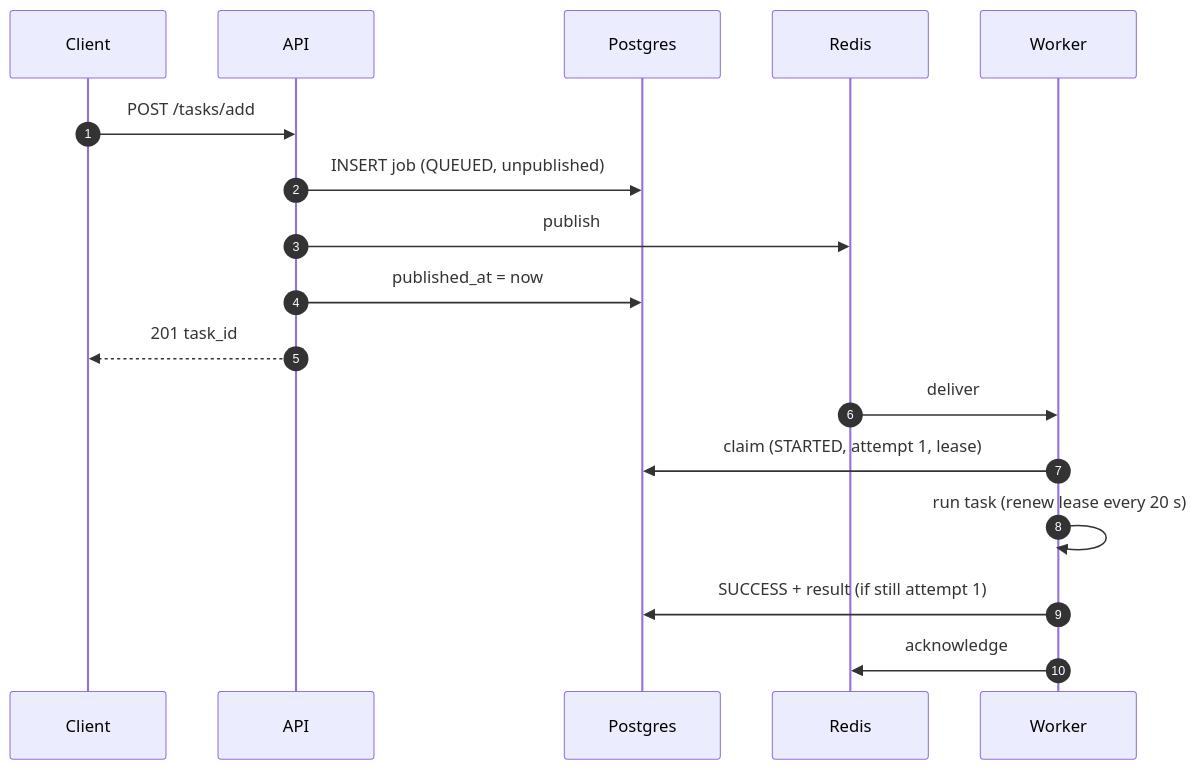
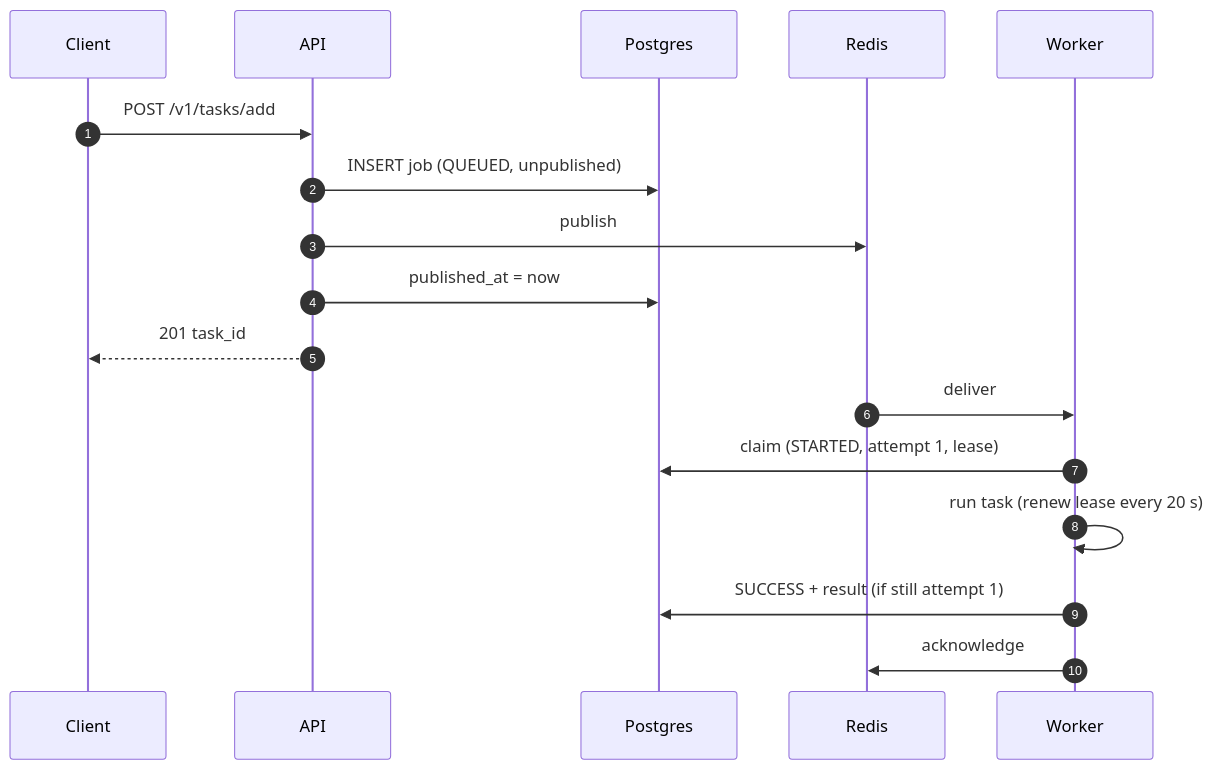
One commit to ravibhushan29/JobScheduler changed the fifth of 17 diagrams in docs/13-diagrams.md. Above: the diagram before and after it, drawn with Mermaid. The commit also changed other lines of this file and 101 other files, not shown here.

````diff
--- a/docs/13-diagrams.md
+++ b/docs/13-diagrams.md
@@ -105,19 +122,19 @@
 ```mermaid
 sequenceDiagram
     autonumber
     participant C as Client
     participant A as API
     participant D as Postgres
     participant R as Redis
     participant W as Worker
-    C->>A: POST /tasks/add
+    C->>A: POST /v1/tasks/add
     A->>D: INSERT job (QUEUED, unpublished)
     A->>R: publish
     A->>D: published_at = now
     A-->>C: 201 task_id
     R->>W: deliver
     W->>D: claim (STARTED, attempt 1, lease)
     W->>W: run task (renew lease every 20 s)
     W->>D: SUCCESS + result (if still attempt 1)
     W->>R: acknowledge
 ```
````
